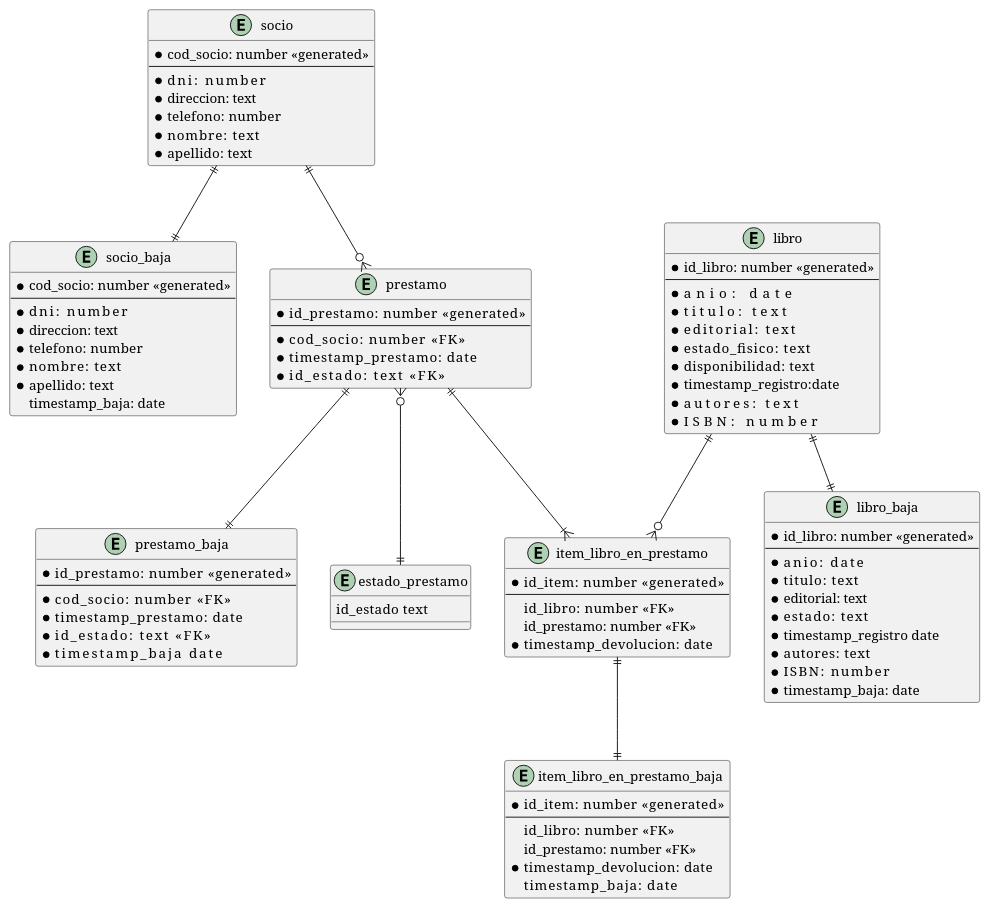
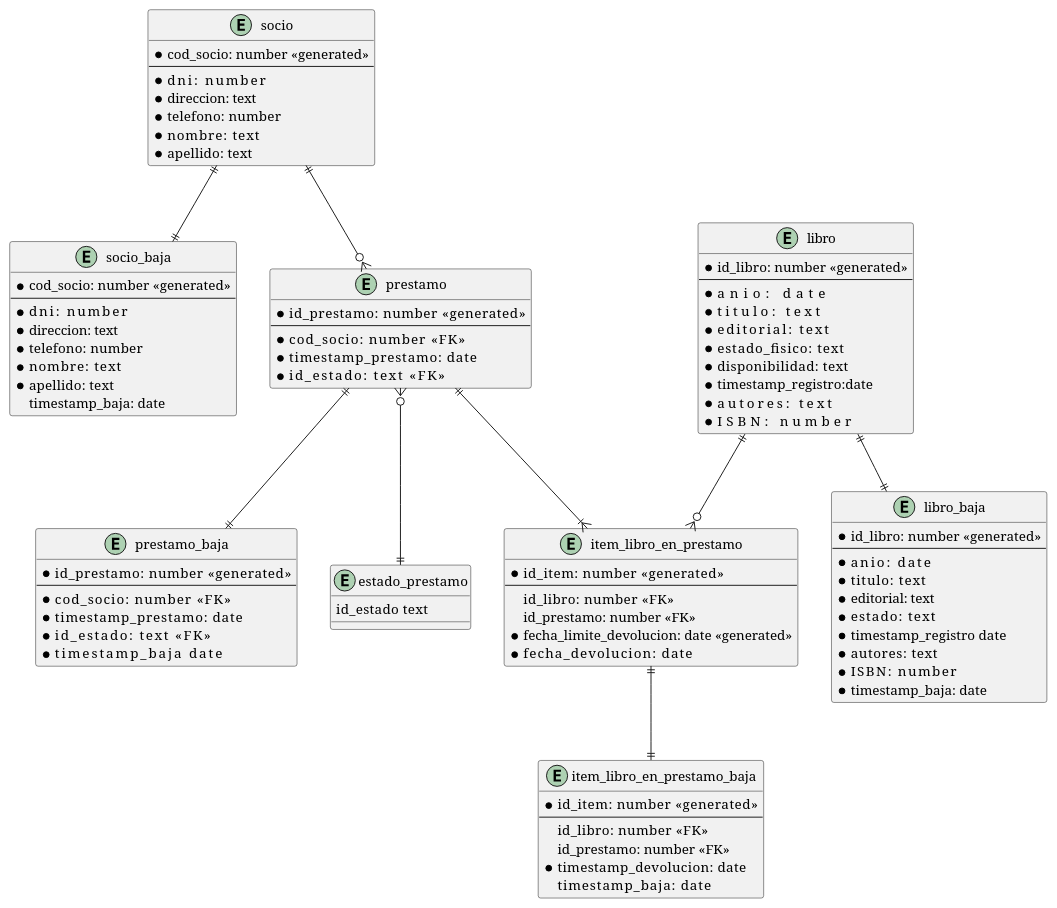
Before and after one commit to DiegoGit35/BaseDeDatos: the diagram in 1-Biblioteca/biblioteca.pu, drawn with PlantUML. The commit also changed 6 other files, not shown here.

```diff
--- a/1-Biblioteca/biblioteca.pu
+++ b/1-Biblioteca/biblioteca.pu
@@ -1,96 +1,97 @@
 @startuml
   entity socio{
     *cod_socio: number «generated»
     --
     *dni:       number
     *direccion: text
     *telefono:  number
     *nombre:    text
     *apellido:  text
   }
 
   entity socio_baja{
     *cod_socio: number «generated»
     --
     *dni:       number
     *direccion: text
     *telefono:  number
     *nombre:    text
     *apellido:  text
     timestamp_baja: date
   }
 
   entity libro{
     *id_libro:  number «generated»
     --
     *anio:              date
     *titulo:            text
     *editorial:         text
     *estado_fisico:     text
     *disponibilidad:    text
     *timestamp_registro:date
     *autores:           text
     *ISBN:              number
   }
 
   entity libro_baja{
     *id_libro:  number «generated»
     --
     *anio:      date
     *titulo:    text
     *editorial: text
     *estado:    text
     *timestamp_registro date
     *autores:   text
     *ISBN:      number
     *timestamp_baja: date
   }
 
   entity item_libro_en_prestamo {
     *id_item:    number  «generated»
     --
     id_libro:    number  «FK»
     id_prestamo: number  «FK»
-    *timestamp_devolucion:    date
+    *fecha_limite_devolucion: date «generated»
+    *fecha_devolucion:        date
   }
 
   entity item_libro_en_prestamo_baja {
     *id_item:    number  «generated»
     --
     id_libro:    number  «FK»
     id_prestamo: number  «FK»
     *timestamp_devolucion:    date
     timestamp_baja:      date
   }
 
   entity prestamo{
     *id_prestamo:     number  «generated»
     --
     *cod_socio:       number  «FK»
     *timestamp_prestamo:      date
     *id_estado: text          «FK»
   }
 
   entity prestamo_baja{
     *id_prestamo:     number  «generated»
     --
     *cod_socio:       number  «FK»
     *timestamp_prestamo:      date
     *id_estado: text          «FK»
     *timestamp_baja           date
   }
 
   entity estado_prestamo{
     id_estado  text
   }
 
 libro     ||--o{    item_libro_en_prestamo
 prestamo  ||--|{    item_libro_en_prestamo
 socio     ||--o{    prestamo
 prestamo  }o--||    estado_prestamo
 
 libro     ||--||    libro_baja
 prestamo  ||--||    prestamo_baja
 socio     ||--||    socio_baja
 item_libro_en_prestamo  ||--||    item_libro_en_prestamo_baja
 @enduml
```
